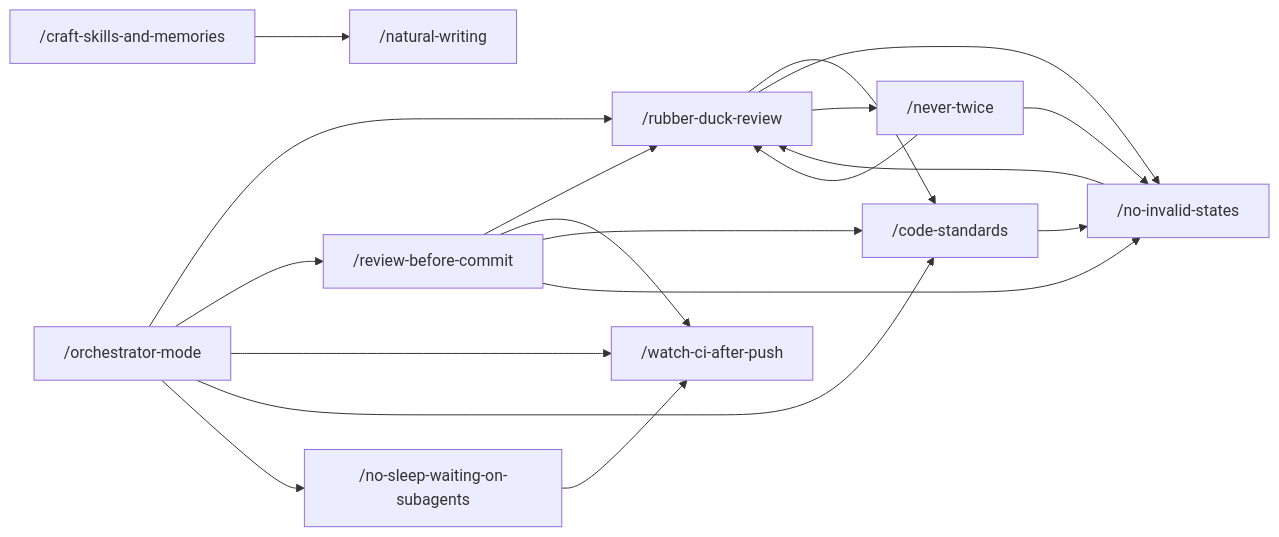
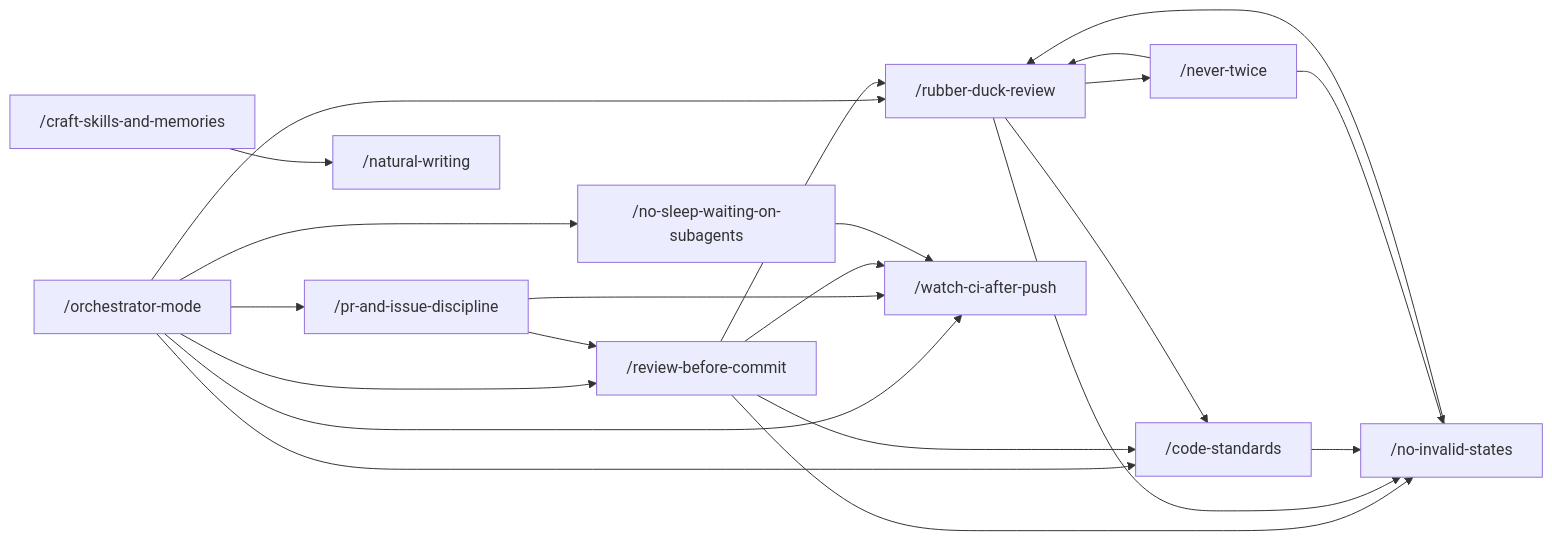
The diagram in README.md (Vivswan/skills), drawn with Mermaid before and after one commit. The commit also changed other lines of this file and 11 other files, not shown here.

First line of the commit message:
feat: extract PR and issue rules into pr-and-issue-discipline skill (#61)

````diff
--- a/README.md
+++ b/README.md
@@ -35,21 +36,24 @@
 ```mermaid
 graph LR
   om["/orchestrator-mode"] --> rdr["/rubber-duck-review"]
   om --> rbc["/review-before-commit"]
   om --> wca["/watch-ci-after-push"]
   om --> cs["/code-standards"]
+  om --> pid["/pr-and-issue-discipline"]
+  pid --> wca
+  pid --> rbc
   rbc --> rdr
   rbc --> wca
   rbc --> cs
   rbc --> nis["/no-invalid-states"]
   rdr --> cs
   rdr --> nis
   rdr --> nt
   nis --> rdr
   cs --> nis
   nt["/never-twice"] --> rdr
   nt --> nis
   om --> nsw["/no-sleep-waiting-on-subagents"]
   nsw --> wca
   csm["/craft-skills-and-memories"] --> nw["/natural-writing"]
 ```
````
